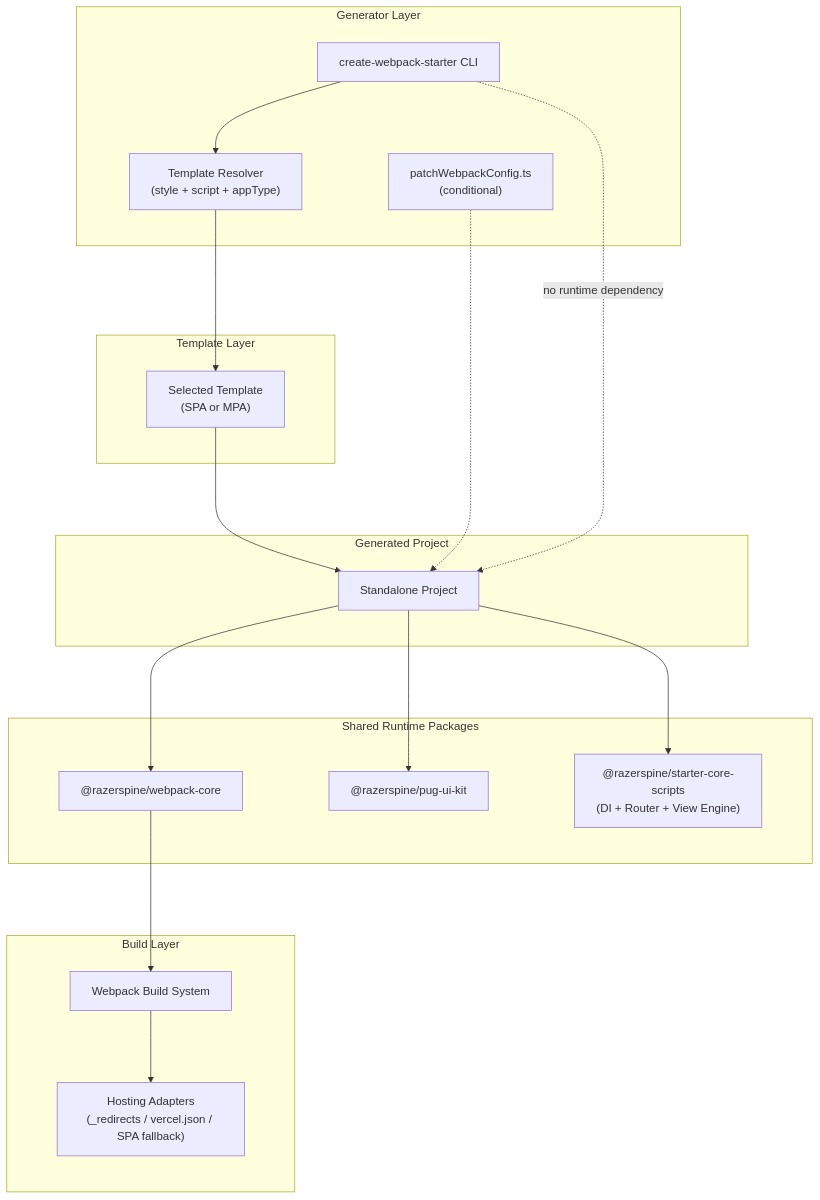
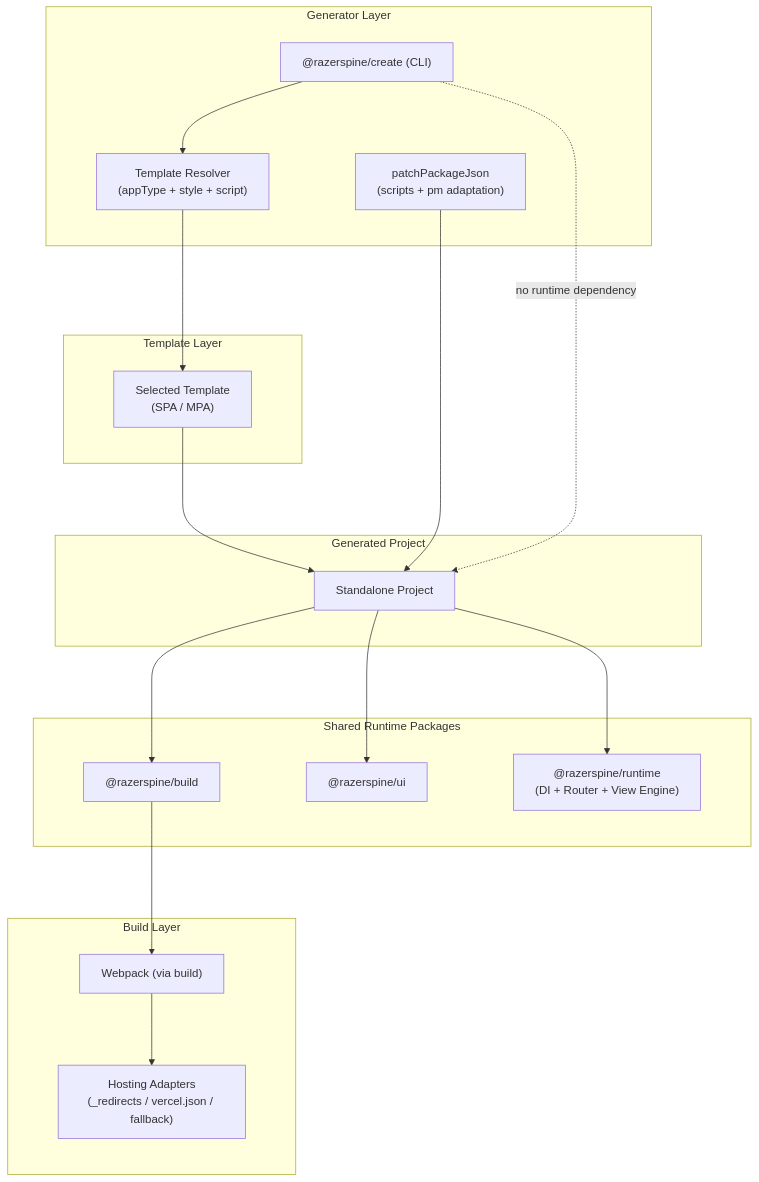
Before and after one commit to Razerspine/razerspine-stack: the diagram in docs/architecture.md, drawn with Mermaid. The commit also changed other lines of this file and 5 other files, not shown here.

````diff
--- a/docs/architecture.md
+++ b/docs/architecture.md
@@ -7,43 +7,43 @@
 ```mermaid
 %%{init: { 'flowchart': { 'rankSpacing': 100, 'nodeSpacing': 120 } } }%%
 flowchart TD
 
 subgraph L1 ["Generator Layer"]
-    CLI["create-webpack-starter CLI"]
-    RESOLVER["Template Resolver<br/>(style + script + appType)"]
-    PATCH["patchWebpackConfig.ts<br/>(conditional)"]
+    CLI["@razerspine/create (CLI)"]
+    RESOLVER["Template Resolver<br/>(appType + style + script)"]
+    PATCH["patchPackageJson<br/>(scripts + pm adaptation)"]
 end
 
 subgraph L2 ["Template Layer"]
-    TEMPLATE["Selected Template<br/>(SPA or MPA)"]
+    TEMPLATE["Selected Template<br/>(SPA / MPA)"]
 end
 
 subgraph L3 ["Generated Project"]
     PROJECT["Standalone Project"]
 end
 
 subgraph L4 ["Shared Runtime Packages"]
-    CORE["@razerspine/webpack-core"]
-    UI["@razerspine/pug-ui-kit"]
-    SCRIPTS["@razerspine/starter-core-scripts<br/>(DI + Router + View Engine)"]
+    BUILD["@razerspine/build"]
+    UI["@razerspine/ui"]
+    RUNTIME["@razerspine/runtime<br/>(DI + Router + View Engine)"]
 end
 
 subgraph L5 ["Build Layer"]
-    WEBPACK["Webpack Build System"]
-    HOSTING["Hosting Adapters<br/>(_redirects / vercel.json / SPA fallback)"]
+    WEBPACK["Webpack (via build)"]
+    HOSTING["Hosting Adapters<br/>(_redirects / vercel.json / fallback)"]
 end
 
 CLI --> RESOLVER
 RESOLVER --> TEMPLATE
 TEMPLATE --> PROJECT
-PATCH -.-> PROJECT
+PATCH --> PROJECT
 
-PROJECT --> CORE
+PROJECT --> BUILD
 PROJECT --> UI
-PROJECT --> SCRIPTS
+PROJECT --> RUNTIME
 
-CORE --> WEBPACK
+BUILD --> WEBPACK
 WEBPACK --> HOSTING
 
 CLI -.->|"no runtime dependency"| PROJECT
 ```
````
